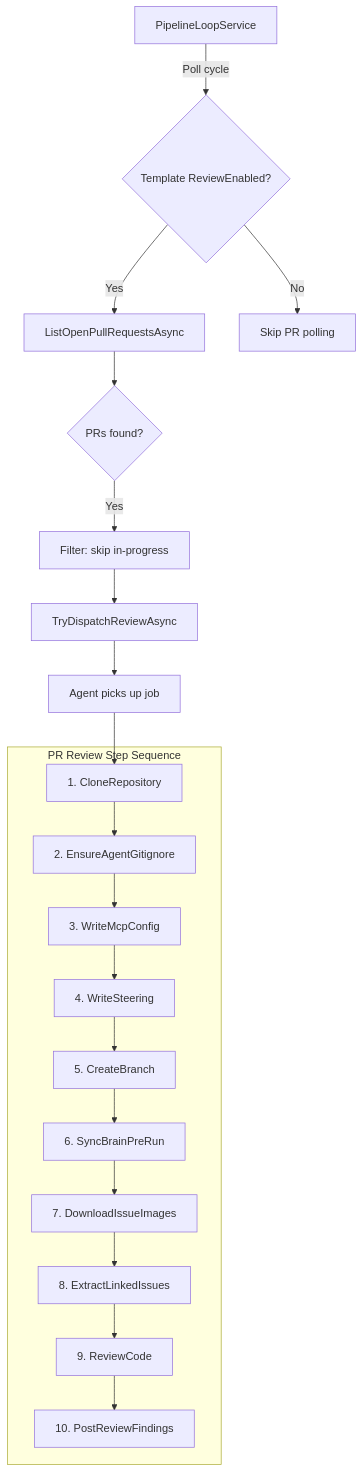
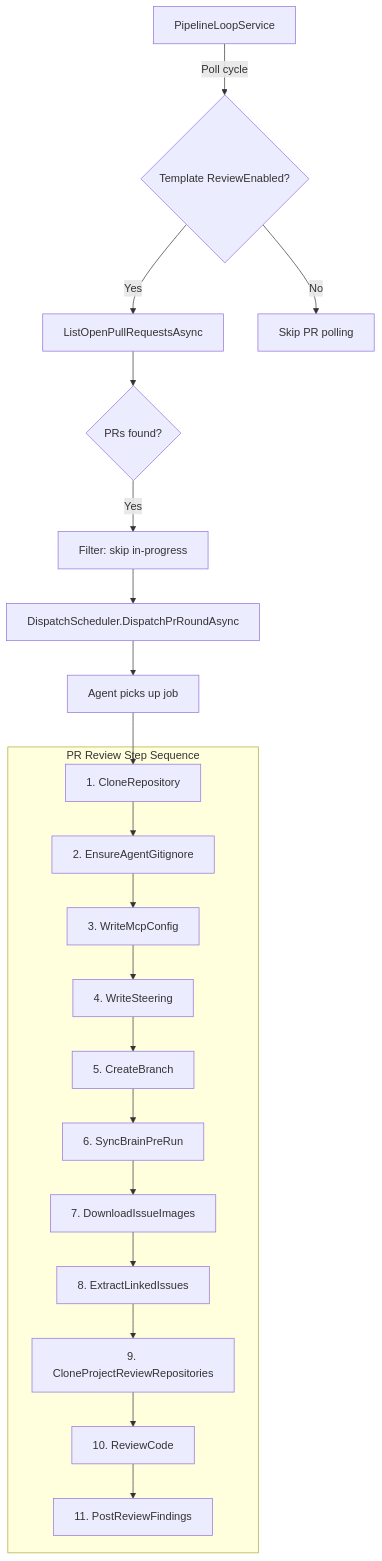
One commit to Chemsorly/coding-agent-automation changed the fifth of 9 diagrams in docs/pipeline-orchestration.md. Above: the diagram before and after it, drawn with Mermaid. The commit also changed other lines of this file, not shown here.

First line of the commit message:
docs: Reconcile docs/pipeline-orchestration.md with the code

````diff
--- a/docs/pipeline-orchestration.md
+++ b/docs/pipeline-orchestration.md
@@ -311,26 +322,27 @@
 ```mermaid
 flowchart TD
     A[PipelineLoopService] -->|Poll cycle| B{Template ReviewEnabled?}
     B -->|Yes| C[ListOpenPullRequestsAsync]
     B -->|No| D[Skip PR polling]
     C --> E{PRs found?}
     E -->|Yes| F[Filter: skip in-progress]
-    F --> G[TryDispatchReviewAsync]
+    F --> G[DispatchScheduler.DispatchPrRoundAsync]
     G --> H[Agent picks up job]
     H --> S1
 
     subgraph Steps["PR Review Step Sequence"]
         S1[1. CloneRepository]
         S1b[2. EnsureAgentGitignore]
         S1c[3. WriteMcpConfig]
         S1d[4. WriteSteering]
         S2[5. CreateBranch]
         S3[6. SyncBrainPreRun]
         S3b[7. DownloadIssueImages]
         S4[8. ExtractLinkedIssues]
-        S5[9. ReviewCode]
-        S6[10. PostReviewFindings]
+        S4b[9. CloneProjectReviewRepositories]
+        S5[10. ReviewCode]
+        S6[11. PostReviewFindings]
 
-        S1 --> S1b --> S1c --> S1d --> S2 --> S3 --> S3b --> S4 --> S5 --> S6
+        S1 --> S1b --> S1c --> S1d --> S2 --> S3 --> S3b --> S4 --> S4b --> S5 --> S6
     end
 ```
````
